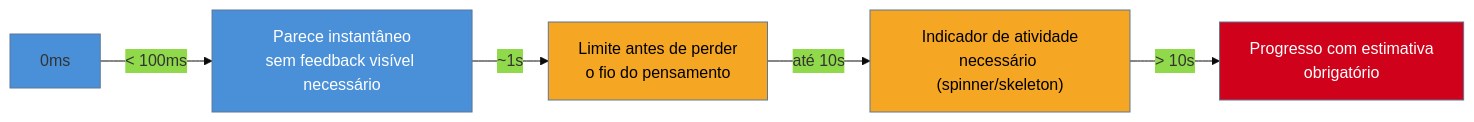
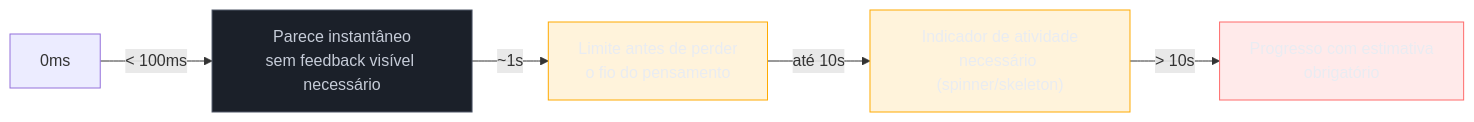
The diagram in 03-Dominios/Engenharia/UX/Design de Interação/25 - Latência percebida e feedback.md (josenaldo/codex-technomanticus), drawn with Mermaid before and after one commit. The commit also changed 1181 other files, not shown here.

First line of the commit message:
fix(diagramas): paleta do sistema no lugar de cor cravada no markdown

````diff
--- a/03-Dominios/Engenharia/UX/Design de Interação/25 - Latência percebida e feedback.md
+++ b/03-Dominios/Engenharia/UX/Design de Interação/25 - Latência percebida e feedback.md
@@ -31,12 +31,14 @@
 ```mermaid
-%%{init: {"theme": "base", "themeVariables": {"primaryColor": "#4A90D9"}}}%%
 graph LR
+    classDef neutro fill:#1B2029,stroke:#4E5666,color:#C6CCD8
+    classDef destaque fill:#FFAA0024,stroke:#FFAA00,color:#E9ECF2
+    classDef falha fill:#FF6B6B24,stroke:#FF6B6B,color:#E9ECF2
     A["0ms"] -->|"< 100ms"| B["Parece instantâneo<br/>sem feedback visível necessário"]
     B -->|"~1s"| C["Limite antes de perder<br/>o fio do pensamento"]
     C -->|"até 10s"| D["Indicador de atividade<br/>necessário (spinner/skeleton)"]
     D -->|"> 10s"| E["Progresso com estimativa<br/>obrigatório"]
-    style B fill:#4A90D9,color:#fff
-    style C fill:#F5A623,color:#000
-    style D fill:#F5A623,color:#000
-    style E fill:#D0021B,color:#fff
+    class B neutro
+    class C destaque
+    class D destaque
+    class E falha
 ```
````
